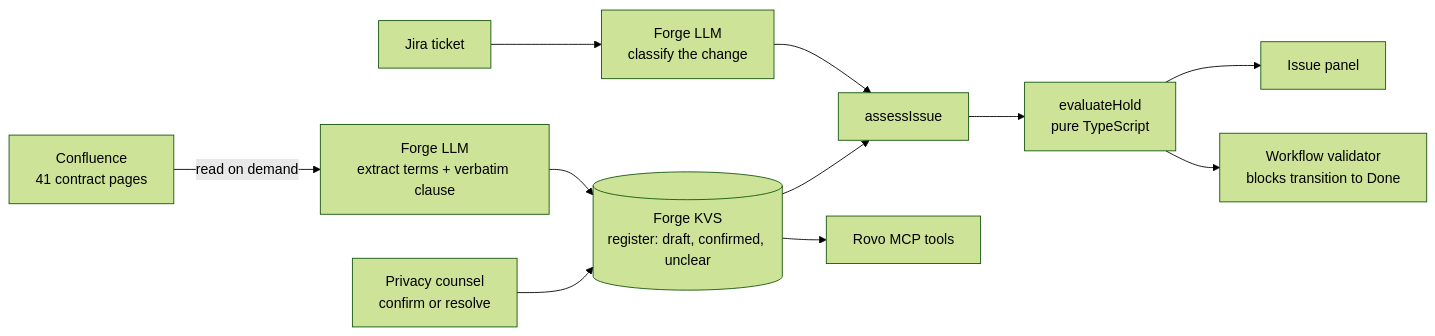
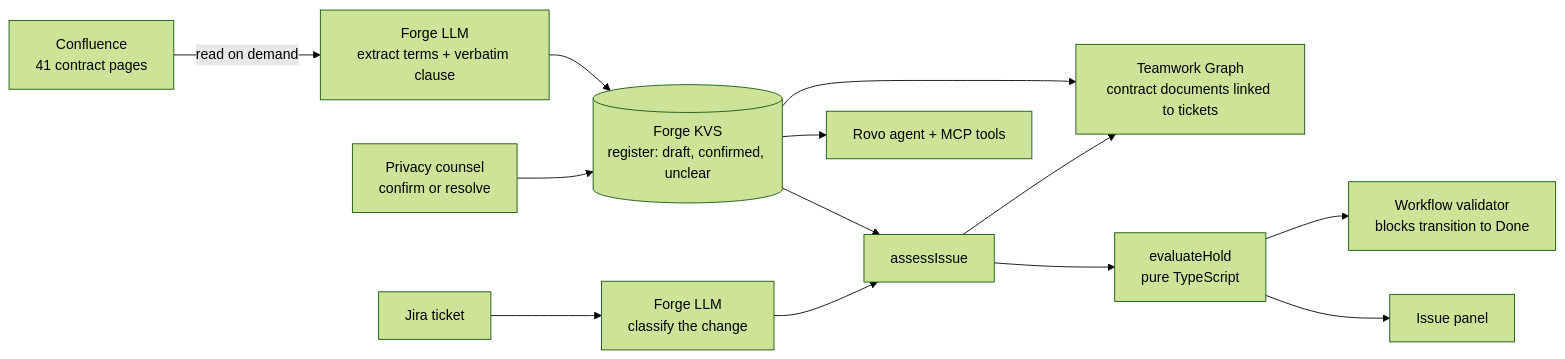
Before and after one commit to EmekaManuel/aviso-previo: the diagram in README.md, drawn with Mermaid (forest theme). The commit also changed other lines of this file and 18 other files, not shown here.

First line of the commit message:
feat: Rovo agent, Teamwork Graph connector, submission checklist

````diff
--- a/README.md
+++ b/README.md
@@ -159,13 +168,15 @@
 ```mermaid
 flowchart LR
   C[Confluence<br/>41 contract pages] -->|read on demand| X[Forge LLM<br/>extract terms + verbatim clause]
   X --> R[(Forge KVS<br/>register: draft, confirmed, unclear)]
   Counsel[Privacy counsel<br/>confirm or resolve] --> R
   J[Jira ticket] --> L[Forge LLM<br/>classify the change]
   L --> A[assessIssue]
   R --> A
   A --> H[evaluateHold<br/>pure TypeScript]
   H --> P[Issue panel]
   H --> V[Workflow validator<br/>blocks transition to Done]
-  R --> M[Rovo MCP tools]
+  R --> M[Rovo agent + MCP tools]
+  R --> G[Teamwork Graph<br/>contract documents linked to tickets]
+  A --> G
 ```
````
